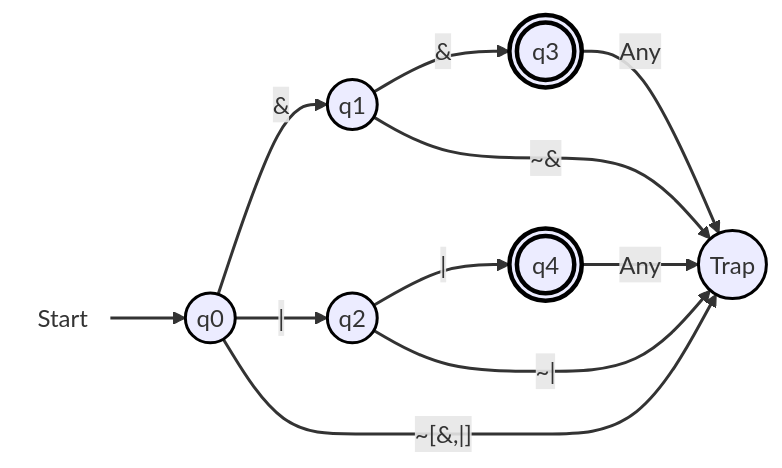
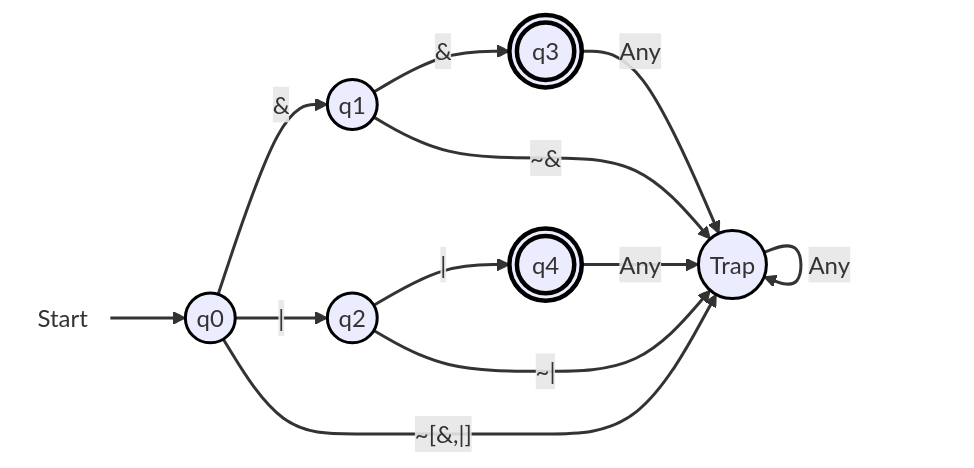
One commit to CS-Tiny-Compiler/a-tiny-compiler changed the ninth of 9 diagrams in docs/DFA.md. Above: the diagram before and after it, drawn with Mermaid. The commit also changed other lines of this file, not shown here.

````diff
--- a/docs/DFA.md
+++ b/docs/DFA.md
@@ -306,21 +307,22 @@
 ```mermaid
 flowchart LR
   start(((Start))):::startNode --> q0(("q0")):::normal
   q0 --> |#38;| q1(("q1")):::normal
   q1 --> |#38;| q3((("q3"))):::finalState
   q0 --> |#124;| q2(("q2")):::normal
   q2 --> |#124;| q4((("q4"))):::finalState
   q0 --> |"~[#38;,#124;]"| trap(("Trap")):::trap
   q1 --> |"~#38;"| trap(("Trap")):::trap
   q2 --> |"~#124;"| trap(("Trap")):::trap
   q3 --> |"Any"| trap(("Trap")):::trap
   q4 --> |"Any"| trap(("Trap")):::trap
 
+  trap --> |Any| trap
 
   classDef startNode fill:none,stroke:none;
   classDef normal stroke:#000,stroke-width:2px;
   classDef finalState stroke:#000,stroke-width:3px;
   classDef trap stroke:#000,stroke-width:2px;
 
   linkStyle default stroke:#333,stroke-width:2px,fill:none;
 ```
````
